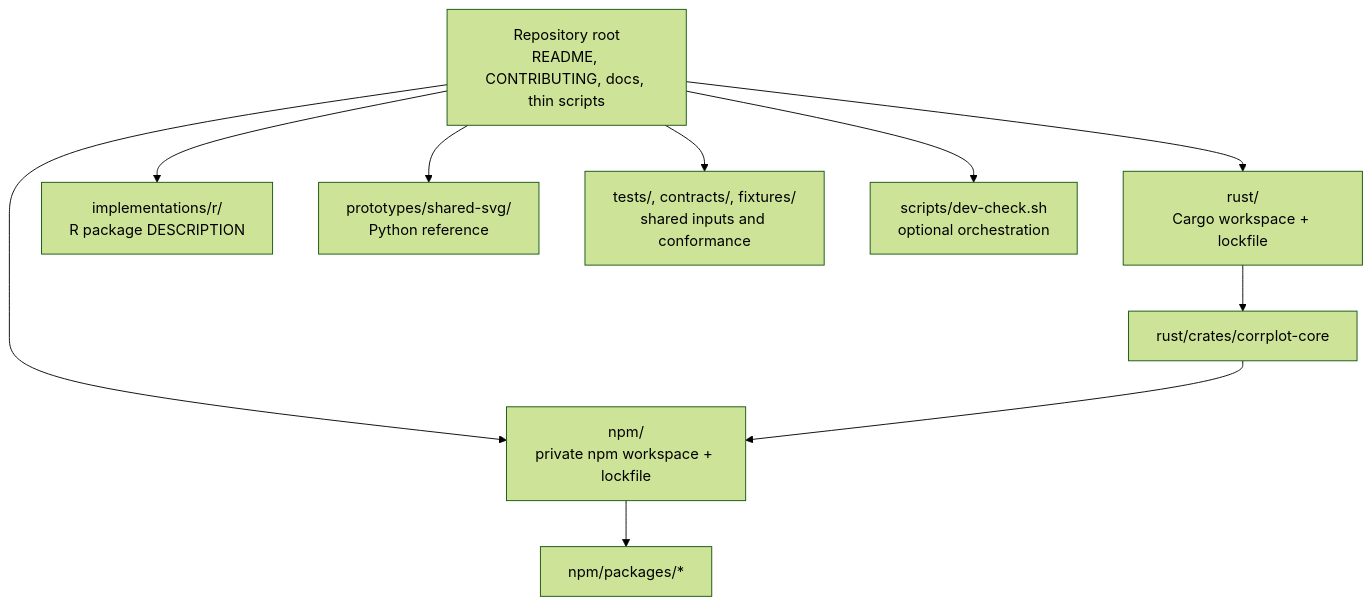
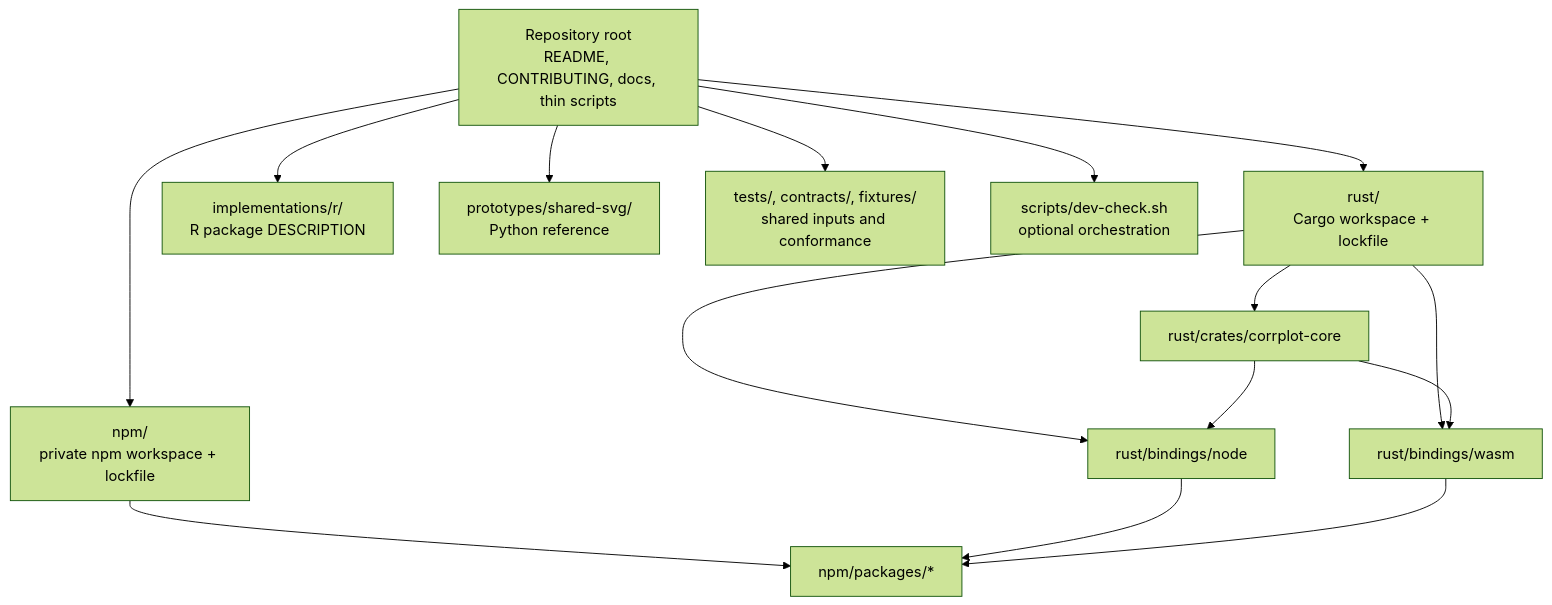
Before and after one commit to vsimko/corrplot-ng: the diagram in docs/development.md, drawn with Mermaid (forest theme). The commit also changed other lines of this file, not shown here.

Commit message:
docs: clarify binding boundaries and orchestration commands

````diff
--- a/docs/development.md
+++ b/docs/development.md
@@ -38,13 +38,18 @@
 ```mermaid
 flowchart TB
     ROOT["Repository root\nREADME, CONTRIBUTING, docs, thin scripts"]
     ROOT --> RUST["rust/\nCargo workspace + lockfile"]
     ROOT --> NPM["npm/\nprivate npm workspace + lockfile"]
     ROOT --> RPKG["implementations/r/\nR package DESCRIPTION"]
     ROOT --> PY["prototypes/shared-svg/\nPython reference"]
     ROOT --> TESTS["tests/, contracts/, fixtures/\nshared inputs and conformance"]
     ROOT --> ORCH["scripts/dev-check.sh\noptional orchestration"]
     RUST --> CORE["rust/crates/corrplot-core"]
+    RUST --> NODE_BINDING["rust/bindings/node"]
+    RUST --> WASM_BINDING["rust/bindings/wasm"]
     NPM --> PKGS["npm/packages/*"]
-    CORE --> NPM
+    NODE_BINDING --> PKGS
+    WASM_BINDING --> PKGS
+    CORE --> NODE_BINDING
+    CORE --> WASM_BINDING
 ```
````
